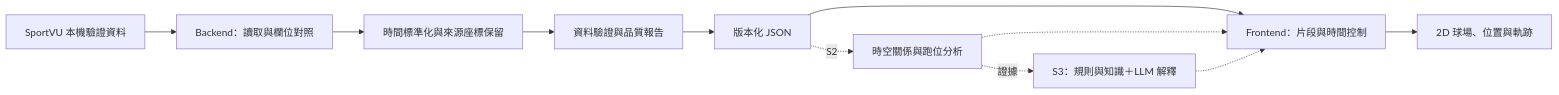
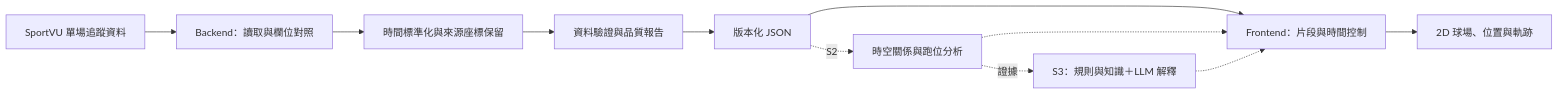
One commit to alex520623/basketball-tactics changed the diagram in docs/architecture.md. Above: the diagram before and after it, drawn with Mermaid. The commit also changed other lines of this file and 8 other files, not shown here.

````diff
--- a/docs/architecture.md
+++ b/docs/architecture.md
@@ -14,13 +14,13 @@
 ```mermaid
 flowchart LR
-    A[SportVU 本機驗證資料] --> B[Backend：讀取與欄位對照]
+    A[SportVU 單場追蹤資料] --> B[Backend：讀取與欄位對照]
     B --> C[時間標準化與來源座標保留]
     C --> D[資料驗證與品質報告]
     D --> E[版本化 JSON]
     E --> F[Frontend：片段與時間控制]
     F --> G[2D 球場、位置與軌跡]
     E -. S2 .-> H[時空關係與跑位分析]
     H -. 證據 .-> I[S3：規則與知識＋LLM 解釋]
     H -.-> F
     I -.-> F
 ```
````
